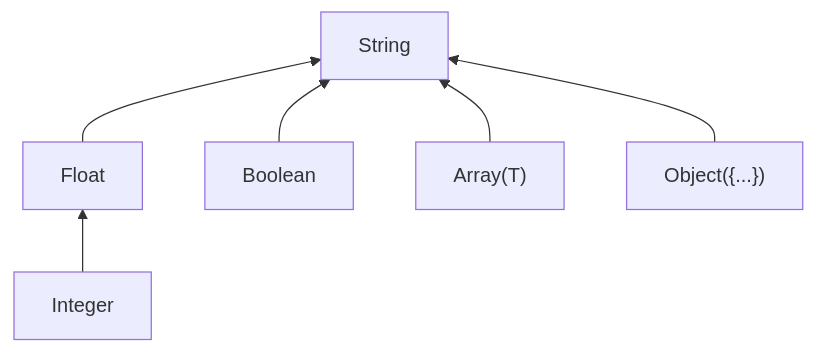
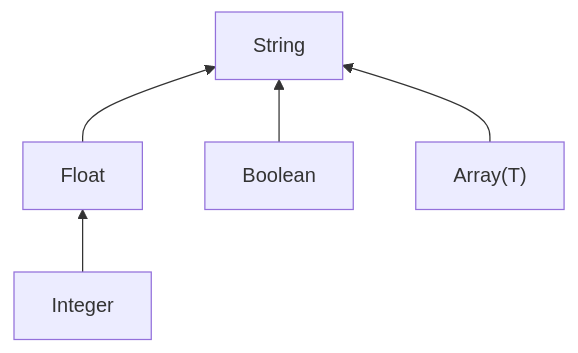
Before and after one commit to edochi/mdvs: the diagram in book/src/concepts/types.md, drawn with Mermaid. The commit also changed other lines of this file and 9 other files, not shown here.

````diff
--- a/book/src/concepts/types.md
+++ b/book/src/concepts/types.md
@@ -43,8 +89,7 @@
 ```mermaid
 graph BT
     Integer --> Float
     Float --> String
     Boolean --> String
     Array["Array(T)"] --> String
-    Object["Object({...})"] --> String
 ```
````
